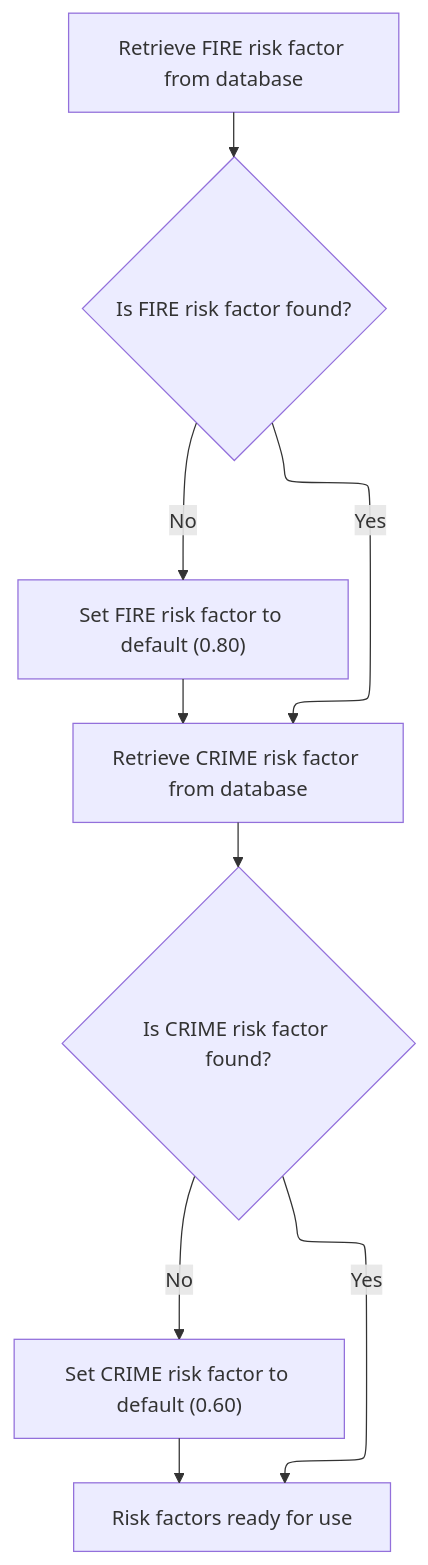
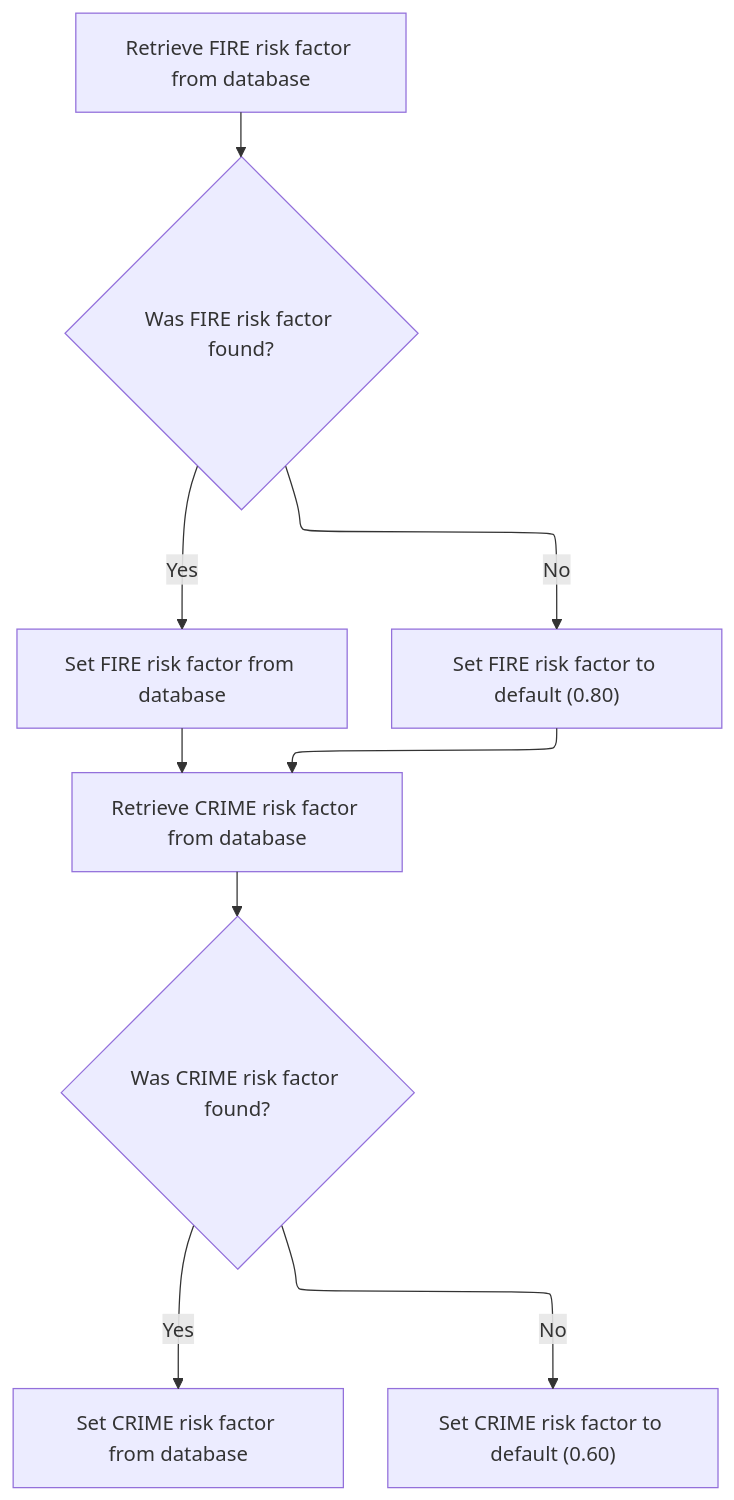
The fourth of 7 diagrams in .swm/lgapdb02-property-risk-score-calculation.fw41ul12.sw.md (Giri-Swimm/Swimmio-genapp-house), drawn with Mermaid before and after one commit. The commit also changed other lines of this file and 55 other files, not shown here.

````diff
--- a/.swm/lgapdb02-property-risk-score-calculation.fw41ul12.sw.md
+++ b/.swm/lgapdb02-property-risk-score-calculation.fw41ul12.sw.md
@@ -278,46 +277,46 @@
 ```mermaid
 %%{init: {"flowchart": {"defaultRenderer": "elk"}} }%%
 flowchart TD
     node1["Retrieve FIRE risk factor from database"]
     click node1 openCode "base/src/LGAPDB02.cbl:45:49"
-    node1 --> node2{"Is FIRE risk factor found?"}
+    node1 --> node2{"Was FIRE risk factor found?"}
     click node2 openCode "base/src/LGAPDB02.cbl:51:55"
-    node2 -->|"Yes"| node5["Retrieve CRIME risk factor from database"]
-    node2 -->|"No"| node3["Set FIRE risk factor to default (0.80)"]
-    click node3 openCode "base/src/LGAPDB02.cbl:54:54"
-    node3 --> node5
-    node5["Retrieve CRIME risk factor from database"]
-    click node5 openCode "base/src/LGAPDB02.cbl:58:61"
-    node5 --> node6{"Is CRIME risk factor found?"}
+    node2 -->|"Yes"| node3["Set FIRE risk factor from database"]
+    click node3 openCode "base/src/LGAPDB02.cbl:51:52"
+    node2 -->|"No"| node4["Set FIRE risk factor to default (0.80)"]
+    click node4 openCode "base/src/LGAPDB02.cbl:54:55"
+    node3 --> node5["Retrieve CRIME risk factor from database"]
+    click node5 openCode "base/src/LGAPDB02.cbl:57:61"
+    node4 --> node5
+    node5 --> node6{"Was CRIME risk factor found?"}
     click node6 openCode "base/src/LGAPDB02.cbl:63:67"
-    node6 -->|"Yes"| node8["Risk factors ready for use"]
-    node6 -->|"No"| node7["Set CRIME risk factor to default (0.60)"]
-    click node7 openCode "base/src/LGAPDB02.cbl:66:66"
-    node7 --> node8
-    node8["Risk factors ready for use"]
-    click node8 openCode "base/src/LGAPDB02.cbl:44:67"
+    node6 -->|"Yes"| node7["Set CRIME risk factor from database"]
+    click node7 openCode "base/src/LGAPDB02.cbl:63:64"
+    node6 -->|"No"| node8["Set CRIME risk factor to default (0.60)"]
+    click node8 openCode "base/src/LGAPDB02.cbl:66:67"
+
 classDef HeadingStyle fill:#777777,stroke:#333,stroke-width:2px;
 
 %% Swimm:
 %% %%{init: {"flowchart": {"defaultRenderer": "elk"}} }%%
 %% flowchart TD
 %%     node1["Retrieve FIRE risk factor from database"]
 %%     click node1 openCode "<SwmPath>[base/src/LGAPDB02.cbl](base/src/LGAPDB02.cbl)</SwmPath>:45:49"
-%%     node1 --> node2{"Is FIRE risk factor found?"}
+%%     node1 --> node2{"Was FIRE risk factor found?"}
 %%     click node2 openCode "<SwmPath>[base/src/LGAPDB02.cbl](base/src/LGAPDB02.cbl)</SwmPath>:51:55"
-%%     node2 -->|"Yes"| node5["Retrieve CRIME risk factor from database"]
-%%     node2 -->|"No"| node3["Set FIRE risk factor to default (<SwmToken path="base/src/LGAPDB02.cbl" pos="54:3:5" line-data="               MOVE 0.80 TO WS-FIRE-FACTOR">`0.80`</SwmToken>)"]
-%%     click node3 openCode "<SwmPath>[base/src/LGAPDB02.cbl](base/src/LGAPDB02.cbl)</SwmPath>:54:54"
-%%     node3 --> node5
-%%     node5["Retrieve CRIME risk factor from database"]
-%%     click node5 openCode "<SwmPath>[base/src/LGAPDB02.cbl](base/src/LGAPDB02.cbl)</SwmPath>:58:61"
-%%     node5 --> node6{"Is CRIME risk factor found?"}
+%%     node2 -->|"Yes"| node3["Set FIRE risk factor from database"]
+%%     click node3 openCode "<SwmPath>[base/src/LGAPDB02.cbl](base/src/LGAPDB02.cbl)</SwmPath>:51:52"
+%%     node2 -->|"No"| node4["Set FIRE risk factor to default (<SwmToken path="base/src/LGAPDB02.cbl" pos="54:3:5" line-data="               MOVE 0.80 TO WS-FIRE-FACTOR">`0.80`</SwmToken>)"]
+%%     click node4 openCode "<SwmPath>[base/src/LGAPDB02.cbl](base/src/LGAPDB02.cbl)</SwmPath>:54:55"
+%%     node3 --> node5["Retrieve CRIME risk factor from database"]
+%%     click node5 openCode "<SwmPath>[base/src/LGAPDB02.cbl](base/src/LGAPDB02.cbl)</SwmPath>:57:61"
+%%     node4 --> node5
+%%     node5 --> node6{"Was CRIME risk factor found?"}
 %%     click node6 openCode "<SwmPath>[base/src/LGAPDB02.cbl](base/src/LGAPDB02.cbl)</SwmPath>:63:67"
-%%     node6 -->|"Yes"| node8["Risk factors ready for use"]
-%%     node6 -->|"No"| node7["Set CRIME risk factor to default (<SwmToken path="base/src/LGAPDB02.cbl" pos="66:3:5" line-data="               MOVE 0.60 TO WS-CRIME-FACTOR">`0.60`</SwmToken>)"]
-%%     click node7 openCode "<SwmPath>[base/src/LGAPDB02.cbl](base/src/LGAPDB02.cbl)</SwmPath>:66:66"
-%%     node7 --> node8
-%%     node8["Risk factors ready for use"]
-%%     click node8 openCode "<SwmPath>[base/src/LGAPDB02.cbl](base/src/LGAPDB02.cbl)</SwmPath>:44:67"
+%%     node6 -->|"Yes"| node7["Set CRIME risk factor from database"]
+%%     click node7 openCode "<SwmPath>[base/src/LGAPDB02.cbl](base/src/LGAPDB02.cbl)</SwmPath>:63:64"
+%%     node6 -->|"No"| node8["Set CRIME risk factor to default (<SwmToken path="base/src/LGAPDB02.cbl" pos="66:3:5" line-data="               MOVE 0.60 TO WS-CRIME-FACTOR">`0.60`</SwmToken>)"]
+%%     click node8 openCode "<SwmPath>[base/src/LGAPDB02.cbl](base/src/LGAPDB02.cbl)</SwmPath>:66:67"
+%% 
 %% classDef HeadingStyle fill:#777777,stroke:#333,stroke-width:2px;
 ```
````
